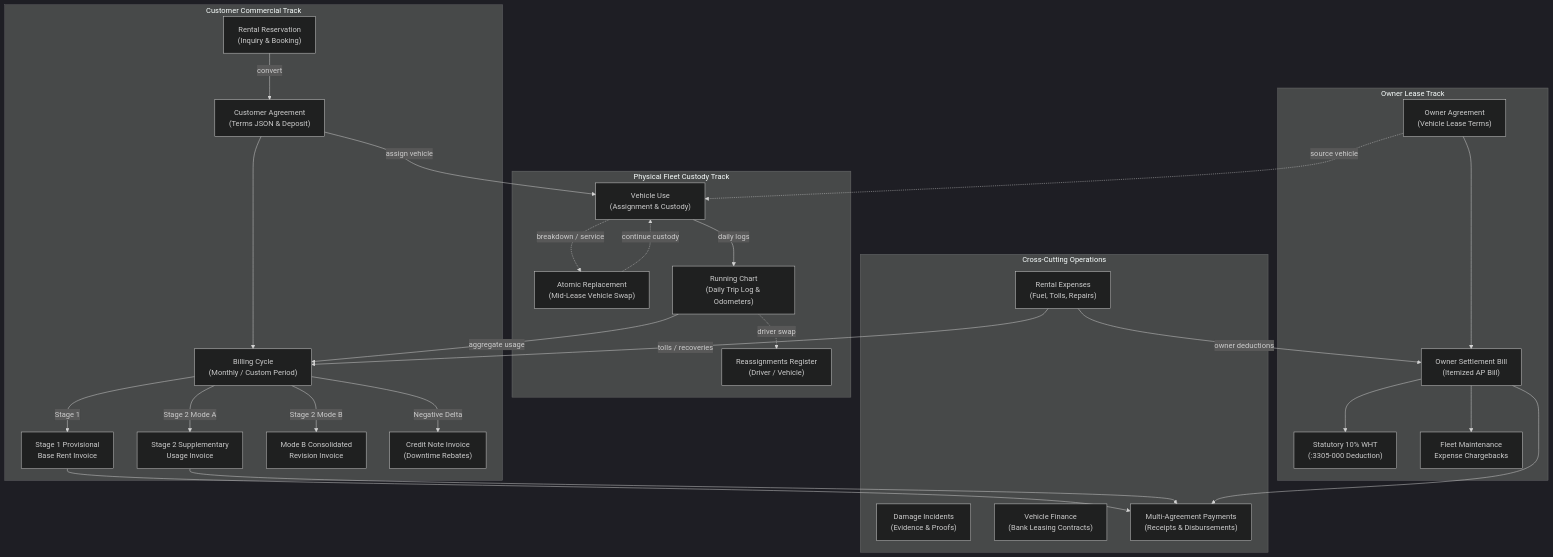
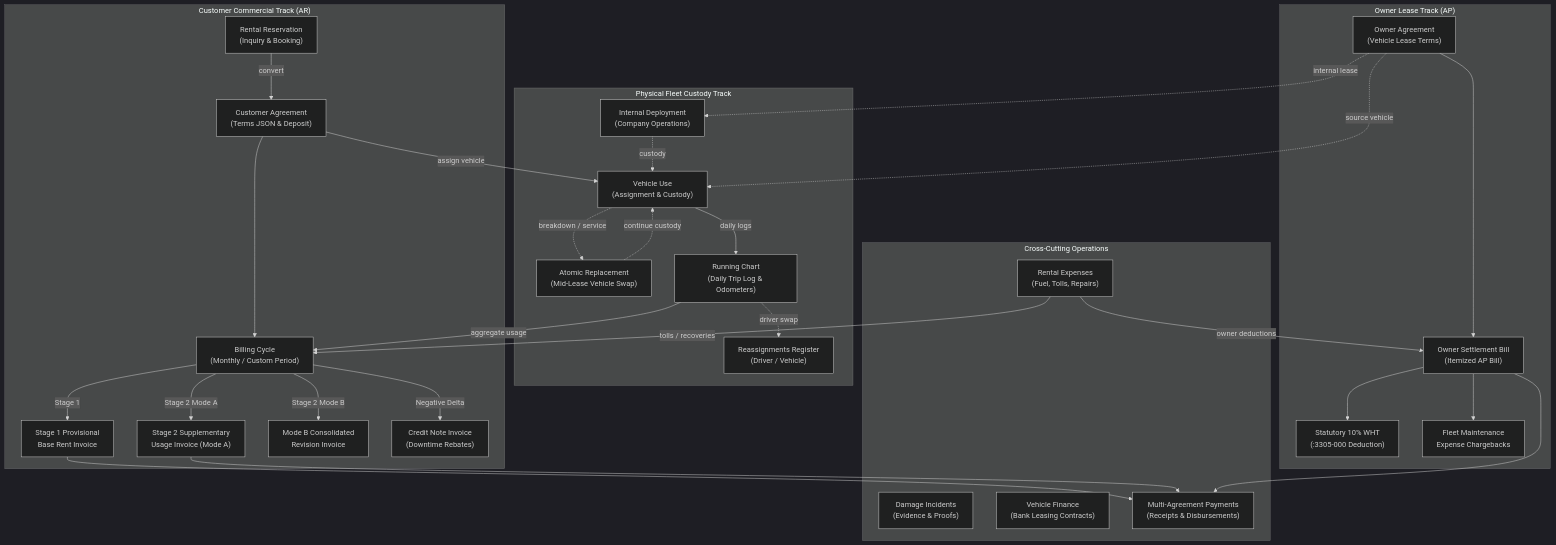
Before and after one commit to kasunvimarshana/AutoERP: the first of 5 diagrams in docs/modules/vehicle_rental_complete_guide.md, drawn with Mermaid (dark theme). The commit also changed other lines of this file and 3 other files, not shown here.

````diff
--- a/docs/modules/vehicle_rental_complete_guide.md
+++ b/docs/modules/vehicle_rental_complete_guide.md
@@ -154,55 +159,58 @@
 ```mermaid
 flowchart TD
-    subgraph CustomerCommercial["Customer Commercial Track"]
+    subgraph CustomerCommercial["Customer Commercial Track (AR)"]
         RES["Rental Reservation<br/>(Inquiry & Booking)"]
         CA["Customer Agreement<br/>(Terms JSON & Deposit)"]
         RES -->|convert| CA
         CYCLE["Billing Cycle<br/>(Monthly / Custom Period)"]
         CA --> CYCLE
         INV1["Stage 1 Provisional<br/>Base Rent Invoice"]
-        INV2["Stage 2 Supplementary<br/>Usage Invoice"]
+        INV2["Stage 2 Supplementary<br/>Usage Invoice (Mode A)"]
         INV_REV["Mode B Consolidated<br/>Revision Invoice"]
         CN["Credit Note Invoice<br/>(Downtime Rebates)"]
         CYCLE -->|Stage 1| INV1
         CYCLE -->|Stage 2 Mode A| INV2
         CYCLE -->|Stage 2 Mode B| INV_REV
         CYCLE -->|Negative Delta| CN
     end
 
     subgraph PhysicalFleet["Physical Fleet Custody Track"]
         VU["Vehicle Use<br/>(Assignment & Custody)"]
         CA -->|assign vehicle| VU
+        VU_INTERNAL["Internal Deployment<br/>(Company Operations)"]
+        VU_INTERNAL -.->|custody| VU
         VU_SWAP["Atomic Replacement<br/>(Mid-Lease Vehicle Swap)"]
         VU -.->|breakdown / service| VU_SWAP
         VU_SWAP -.->|continue custody| VU
         RC["Running Chart<br/>(Daily Trip Log & Odometers)"]
         VU -->|daily logs| RC
         REASSIGN["Reassignments Register<br/>(Driver / Vehicle)"]
         RC -.->|driver swap| REASSIGN
     end
 
-    subgraph OwnerCommercial["Owner Lease Track"]
+    subgraph OwnerCommercial["Owner Lease Track (AP)"]
         OA["Owner Agreement<br/>(Vehicle Lease Terms)"]
         OA -.->|source vehicle| VU
+        OA -.->|internal lease| VU_INTERNAL
         SETTLE["Owner Settlement Bill<br/>(Itemized AP Bill)"]
         OA --> SETTLE
         WHT["Statutory 10% WHT<br/>(:3305-000 Deduction)"]
         MAINT["Fleet Maintenance<br/>Expense Chargebacks"]
         SETTLE --> WHT
         SETTLE --> MAINT
     end
 
     subgraph CrossCutting["Cross-Cutting Operations"]
         EXP["Rental Expenses<br/>(Fuel, Tolls, Repairs)"]
         INC["Damage Incidents<br/>(Evidence & Proofs)"]
         FIN["Vehicle Finance<br/>(Bank Leasing Contracts)"]
         PAY["Multi-Agreement Payments<br/>(Receipts & Disbursements)"]
     end
 
     RC -->|aggregate usage| CYCLE
     EXP -->|tolls / recoveries| CYCLE
     EXP -->|owner deductions| SETTLE
     INV1 --> PAY
     INV2 --> PAY
     SETTLE --> PAY
 ```
````
